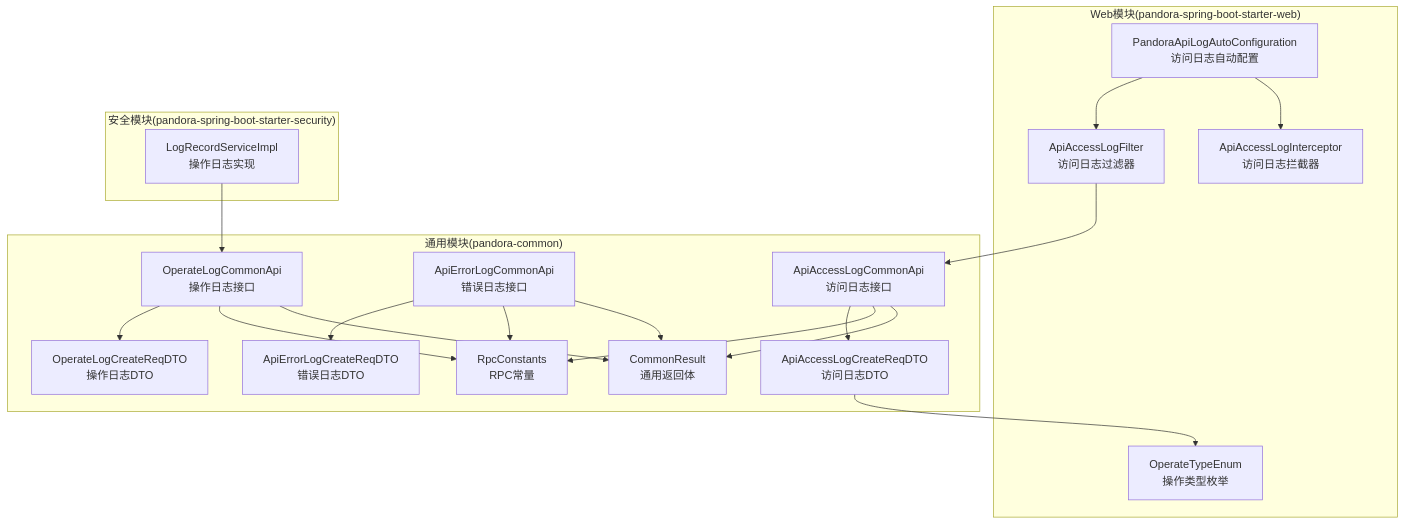
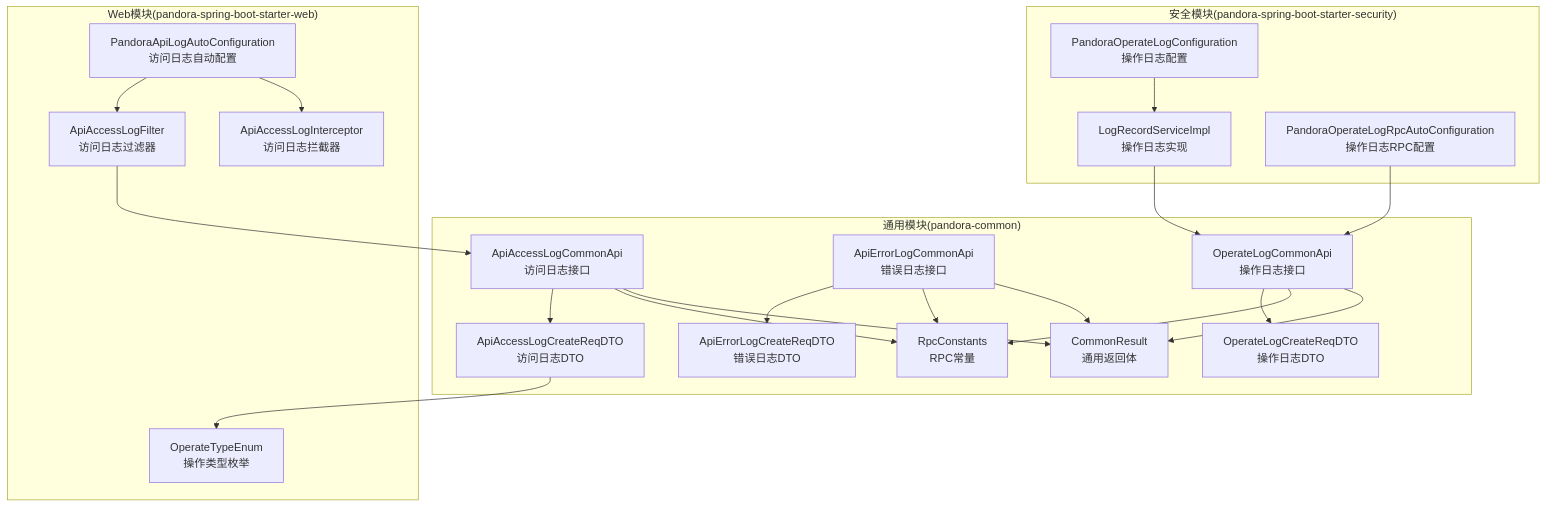
One commit to guanglei93/pandora-cloud changed the first of 7 diagrams in .qoder/repowiki/zh/content/API参考/日志记录API.md. Above: the diagram before and after it, drawn with Mermaid. The commit also changed other lines of this file and 32 other files, not shown here.

````diff
--- a/.qoder/repowiki/zh/content/API参考/日志记录API.md
+++ b/.qoder/repowiki/zh/content/API参考/日志记录API.md
@@ -52,36 +63,40 @@
 ```mermaid
 graph TB
 subgraph "通用模块(pandora-common)"
 A["ApiAccessLogCommonApi<br/>访问日志接口"]
 B["ApiErrorLogCommonApi<br/>错误日志接口"]
 C["OperateLogCommonApi<br/>操作日志接口"]
 D["ApiAccessLogCreateReqDTO<br/>访问日志DTO"]
 E["ApiErrorLogCreateReqDTO<br/>错误日志DTO"]
 F["OperateLogCreateReqDTO<br/>操作日志DTO"]
 G["RpcConstants<br/>RPC常量"]
 H["CommonResult<br/>通用返回体"]
 end
 subgraph "Web模块(pandora-spring-boot-starter-web)"
 I["PandoraApiLogAutoConfiguration<br/>访问日志自动配置"]
 J["ApiAccessLogFilter<br/>访问日志过滤器"]
 K["ApiAccessLogInterceptor<br/>访问日志拦截器"]
 L["OperateTypeEnum<br/>操作类型枚举"]
 end
 subgraph "安全模块(pandora-spring-boot-starter-security)"
 M["LogRecordServiceImpl<br/>操作日志实现"]
+N["PandoraOperateLogConfiguration<br/>操作日志配置"]
+O["PandoraOperateLogRpcAutoConfiguration<br/>操作日志RPC配置"]
 end
 A --> D
 B --> E
 C --> F
 A --> G
 B --> G
 C --> G
 A --> H
 B --> H
 C --> H
 I --> J
 I --> K
 J --> A
 M --> C
 D --> L
+N --> M
+O --> C
 ```
````
